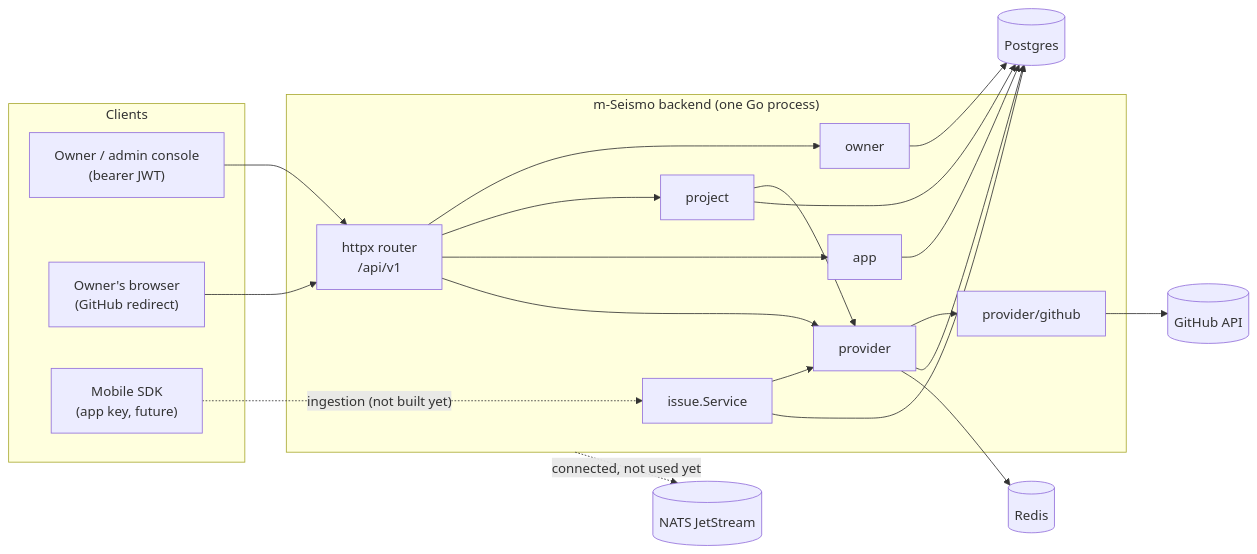
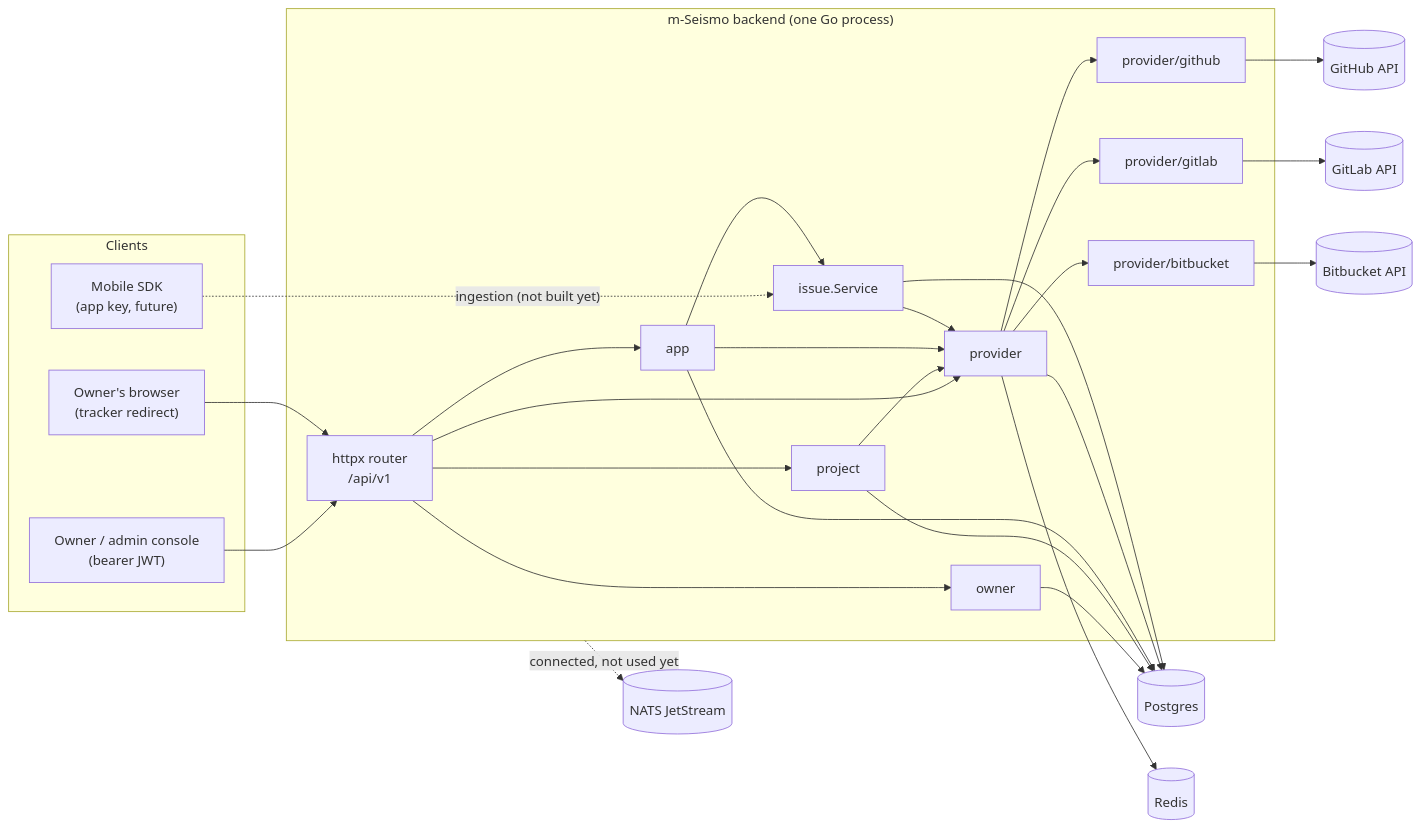
The first of 3 diagrams in backend/docs/architecture.md (MicroClub-USTHB/m-Seismo), drawn with Mermaid before and after one commit. The commit also changed other lines of this file and 121 other files, not shown here.

First line of the commit message:
Wail/feat/gitlab bitbucket (#40)

````diff
--- a/backend/docs/architecture.md
+++ b/backend/docs/architecture.md
@@ -23,35 +23,42 @@
 ```mermaid
 flowchart LR
     subgraph Clients
         Admin["Owner / admin console<br/>(bearer JWT)"]
-        Browser["Owner's browser<br/>(GitHub redirect)"]
+        Browser["Owner's browser<br/>(tracker redirect)"]
         SDK["Mobile SDK<br/>(app key, future)"]
     end
 
     subgraph Backend["m-Seismo backend (one Go process)"]
         Router["httpx router<br/>/api/v1"]
         Owner["owner"]
         Project["project"]
         App["app"]
         Provider["provider"]
         GH["provider/github"]
+        GL["provider/gitlab"]
+        BB["provider/bitbucket"]
         Issue["issue.Service"]
     end
 
     PG[(Postgres)]
     Redis[(Redis)]
     NATS[(NATS JetStream)]
     GitHub[(GitHub API)]
+    GitLab[(GitLab API)]
+    Bitbucket[(Bitbucket API)]
 
     Admin --> Router
     Browser --> Router
     SDK -. "ingestion (not built yet)" .-> Issue
     Router --> Owner & Project & App & Provider
     Project --> Provider
-    Provider --> GH
+    App --> Provider & Issue
+    Provider --> GH & GL & BB
     Issue --> Provider
     GH --> GitHub
+    GL --> GitLab
+    BB --> Bitbucket
     Owner & Project & App & Provider & Issue --> PG
     Provider --> Redis
     Backend -. "connected, not used yet" .-> NATS
 ```
````
